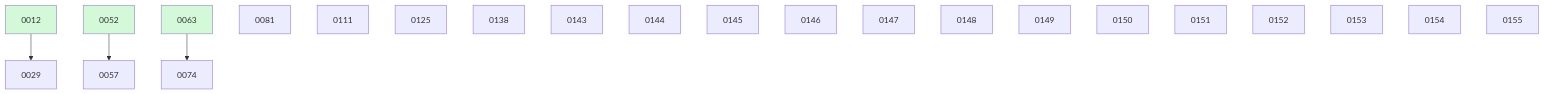
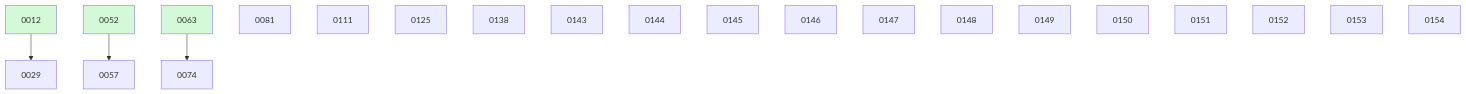
The diagram in docs/changes/BOARD.md (ethanhinson/fuse), drawn with Mermaid before and after one commit. The commit also changed other lines of this file and 4 other files, not shown here.

````diff
--- a/docs/changes/BOARD.md
+++ b/docs/changes/BOARD.md
@@ -50,27 +44,26 @@
 ```mermaid
 graph TD
   0012 --> 0029
   0052 --> 0057
   0063 --> 0074
   0081
   0111
   0125
   0138
   0143
   0144
   0145
   0146
   0147
   0148
   0149
   0150
   0151
   0152
   0153
   0154
-  0155
   0012:::done
   0052:::done
   0063:::done
   classDef done fill:#d3f9d8;
 ```
````
